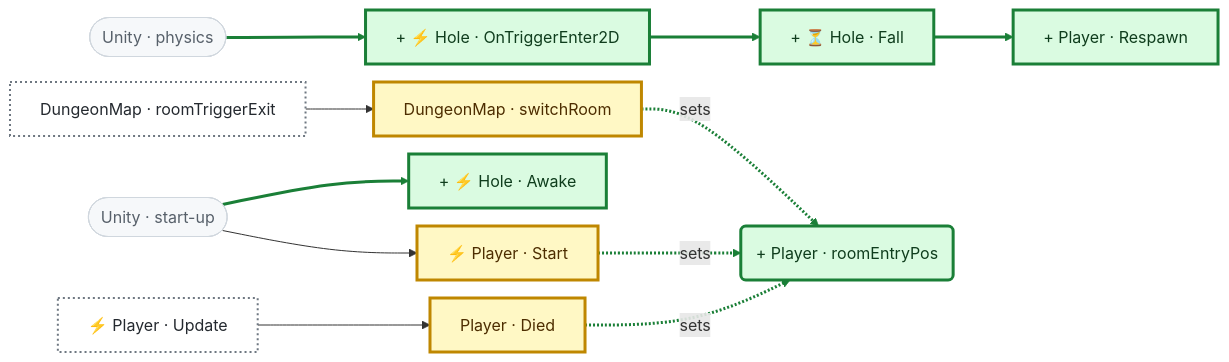
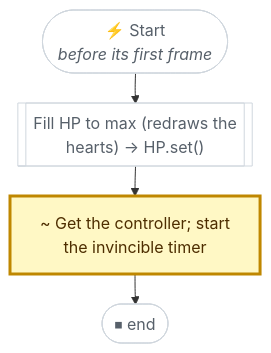
Before and after one commit to nataiai/Lord-of-the-Dungeon: the first of 11 diagrams in CodeGraph~/diffs/b47c315.md, drawn with Mermaid. The commit also changed other lines of this file and 57 other files, not shown here.

````diff
--- a/CodeGraph~/diffs/b47c315.md
+++ b/CodeGraph~/diffs/b47c315.md
@@ -23,54 +36,25 @@
 ```mermaid
 ---
 config:
   flowchart:
-    wrappingWidth: 320
-    nodeSpacing: 18
-    rankSpacing: 60
+    wrappingWidth: 260
+    nodeSpacing: 26
+    rankSpacing: 30
 ---
-flowchart LR
-  m_DungeonMap_switchRoom["DungeonMap · switchRoom"]
-  m_Hole_Awake["+ ⚡ Hole · Awake"]
-  m_Hole_Fall["+ ⏳ Hole · Fall"]
-  m_Hole_OnTriggerEnter2D["+ ⚡ Hole · OnTriggerEnter2D"]
-  m_Player_Respawn["+ Player · Respawn"]
-  m_Player_Died["Player · Died"]
-  m_Player_Start["⚡ Player · Start"]
-  m_Player_roomEntryPos("+ Player · roomEntryPos")
-  m_DungeonMap_roomTriggerExit["DungeonMap · roomTriggerExit"]
-  U_start_up(["Unity · start-up"])
-  U_physics(["Unity · physics"])
-  m_Player_Update["⚡ Player · Update"]
-  m_DungeonMap_switchRoom -.->|sets| m_Player_roomEntryPos
-  m_DungeonMap_roomTriggerExit --> m_DungeonMap_switchRoom
-  U_start_up --> m_Hole_Awake
-  m_Hole_Fall --> m_Player_Respawn
-  m_Hole_OnTriggerEnter2D --> m_Hole_Fall
-  U_physics --> m_Hole_OnTriggerEnter2D
-  m_Player_Died -.->|sets| m_Player_roomEntryPos
-  m_Player_Update --> m_Player_Died
-  m_Player_Start -.->|sets| m_Player_roomEntryPos
-  U_start_up --> m_Player_Start
-  linkStyle 0 stroke:#1a7f37,stroke-width:3px
-  linkStyle 2 stroke:#1a7f37,stroke-width:3px
-  linkStyle 3 stroke:#1a7f37,stroke-width:3px
-  linkStyle 4 stroke:#1a7f37,stroke-width:3px
-  linkStyle 5 stroke:#1a7f37,stroke-width:3px
-  linkStyle 6 stroke:#1a7f37,stroke-width:3px
-  linkStyle 8 stroke:#1a7f37,stroke-width:3px
-  classDef engine fill:#f6f8fa,stroke:#d0d7de,color:#57606a
-  classDef own fill:#f6f8fa,stroke:#d0d7de,color:#57606a
-  classDef ownev fill:#f6f8fa,stroke:#d0d7de,color:#57606a
-  classDef other fill:#f6f8fa,stroke:#d0d7de,color:#57606a
-  classDef ext fill:#f6f8fa,stroke:#d0d7de,stroke-dasharray:4 3,color:#57606a
-  classDef more fill:#ffffff,stroke:#d0d7de,stroke-dasharray:2 2,color:#57606a
+flowchart TD
+  nS(["⚡ Start<br><i>before its first frame</i>"])
+  n104384[["Fill HP to max (redraws the<br>hearts) → HP.set()"]]
+  nc49fd5["~ Get the controller; start<br>the invincible timer"]
+  nE(["⏹ end"])
+  nS --> n104384
+  n104384 --> nc49fd5
+  nc49fd5 --> nE
   classDef same fill:#ffffff,stroke:#d0d7de,color:#57606a
   classDef added fill:#dafbe1,stroke:#1a7f37,stroke-width:3px,color:#0f3d1d
-  classDef removed fill:#ffebe9,stroke:#cf222e,stroke-width:3px,color:#82071e
+  classDef removed fill:#ffebe9,stroke:#cf222e,stroke-width:3px,stroke-dasharray:6 4,color:#82071e
   classDef modified fill:#fff8c5,stroke:#bf8700,stroke-width:3px,color:#4d2d00
   classDef impacted fill:#ffffff,stroke:#6e7781,stroke-width:2px,stroke-dasharray:2 3,color:#24292f
-  class m_Hole_Awake,m_Hole_Fall,m_Hole_OnTriggerEnter2D,m_Player_Respawn,m_Player_roomEntryPos added
-  class U_start_up,U_physics engine
-  class m_DungeonMap_roomTriggerExit,m_Player_Update impacted
-  class m_DungeonMap_switchRoom,m_Player_Died,m_Player_Start modified
+  classDef stub fill:#ffffff,stroke:#8c959f,stroke-dasharray:2 3,color:#8c959f
+  class nc49fd5 modified
+  class nS,n104384,nE same
 ```
````
